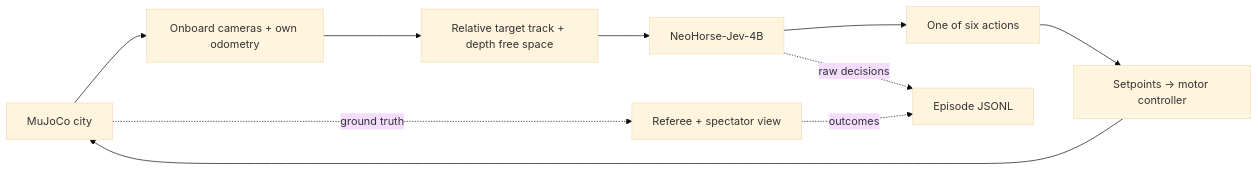
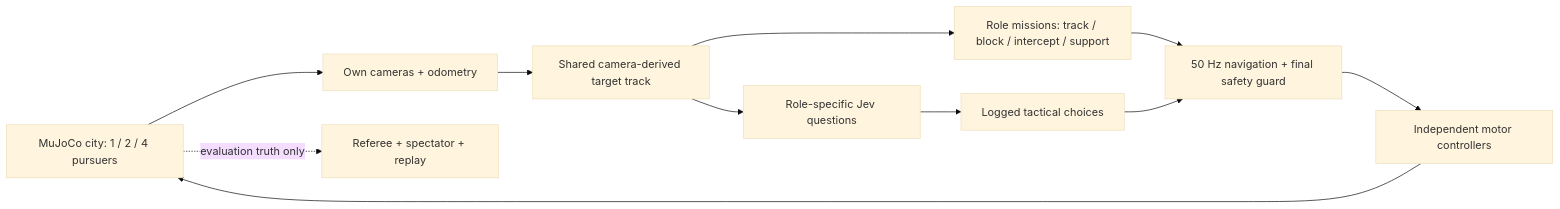
The diagram in README.md (YongLD/Multi-UAV-JEV), drawn with Mermaid (base theme) before and after one commit. The commit also changed other lines of this file and 41 other files, not shown here.

````diff
--- a/README.md
+++ b/README.md
@@ -38,12 +49,13 @@
 ```mermaid
 flowchart LR
-    S[MuJoCo city] --> C[Onboard cameras + own odometry]
-    C --> O[Relative target track + depth free space]
-    O --> J[NeoHorse-Jev-4B]
-    J --> A[One of six actions]
-    A --> P[Setpoints → motor controller]
+    S[MuJoCo city: 1 / 2 / 4 pursuers] --> C[Own cameras + odometry]
+    C --> T[Shared camera-derived target track]
+    T --> M[Role missions: track / block / intercept / support]
+    T --> J[Role-specific Jev questions]
+    J --> A[Logged tactical choices]
+    M --> G[50 Hz navigation + final safety guard]
+    A --> G
+    G --> P[Independent motor controllers]
     P --> S
-    S -. ground truth .-> R[Referee + spectator view]
-    J -. raw decisions .-> D[Episode JSONL]
-    R -. outcomes .-> D
+    S -. evaluation truth only .-> R[Referee + spectator + replay]
 ```
````
